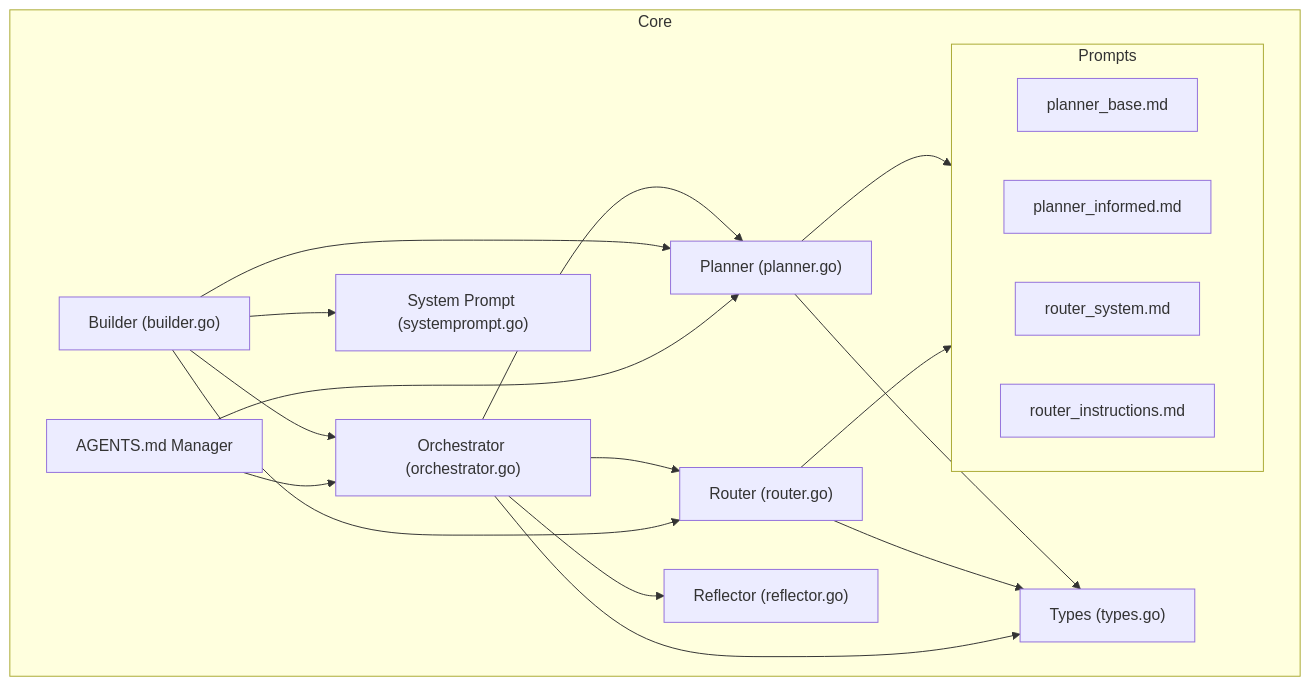
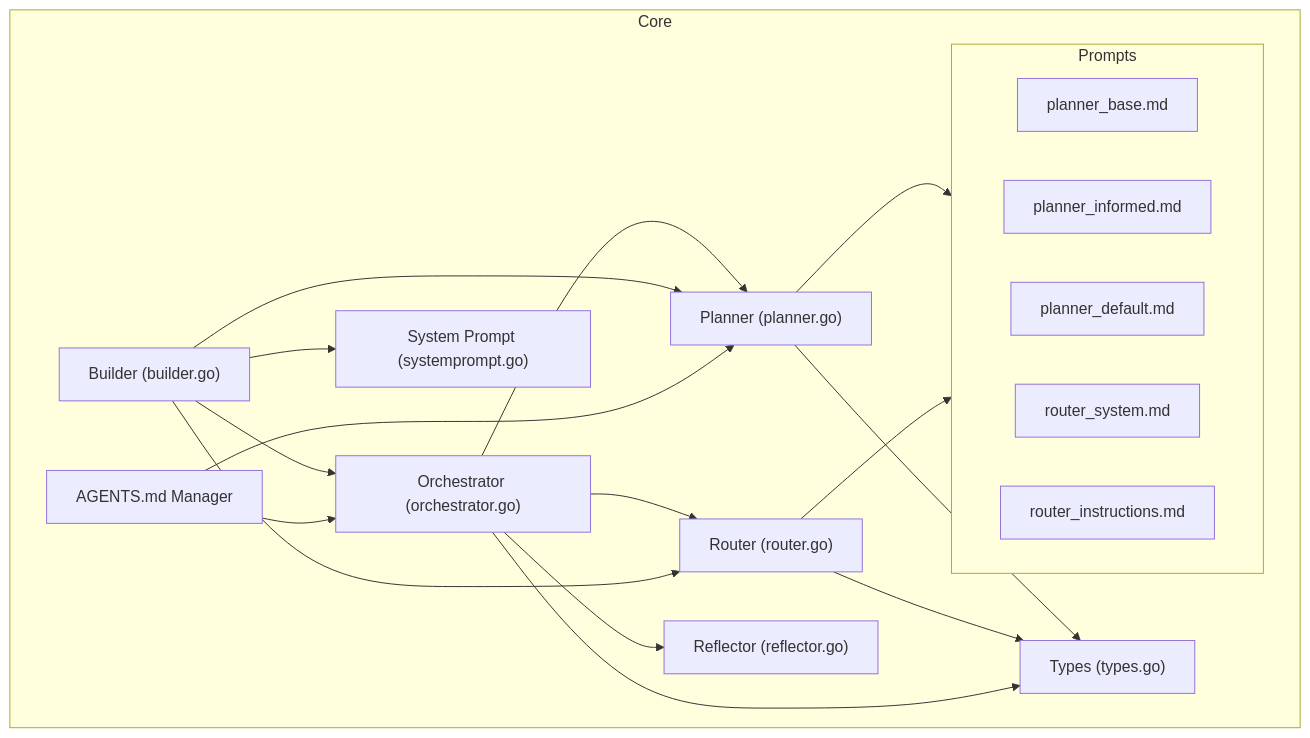
One commit to v0lka/c0wrk changed the first of 10 diagrams in .qoder/repowiki/en/content/Core AI Engine/Planner System.md. Above: the diagram before and after it, drawn with Mermaid. The commit also changed other lines of this file and 25 other files, not shown here.

````diff
--- a/.qoder/repowiki/en/content/Core AI Engine/Planner System.md
+++ b/.qoder/repowiki/en/content/Core AI Engine/Planner System.md
@@ -62,34 +63,35 @@
 ```mermaid
 graph TB
 subgraph "Core"
 Planner["Planner (planner.go)"]
 Router["Router (router.go)"]
 Orchestrator["Orchestrator (orchestrator.go)"]
 Prompts["Prompts (prompts.go)"]
 Types["Types (types.go)"]
 Builder["Builder (builder.go)"]
 SysPrompt["System Prompt (systemprompt.go)"]
 Reflector["Reflector (reflector.go)"]
 AgentsMD["AGENTS.md Manager"]
 end
 subgraph "Prompts"
 PB["planner_base.md"]
 PI["planner_informed.md"]
+PD["planner_default.md"]
 RS["router_system.md"]
 RI["router_instructions.md"]
 end
 Orchestrator --> Router
 Orchestrator --> Planner
 Planner --> Prompts
 Router --> Prompts
 Builder --> Orchestrator
 Builder --> Planner
 Builder --> Router
 Builder --> SysPrompt
 Orchestrator --> Reflector
 Planner --> Types
 Router --> Types
 Orchestrator --> Types
 AgentsMD --> Planner
 AgentsMD --> Orchestrator
 ```
````
